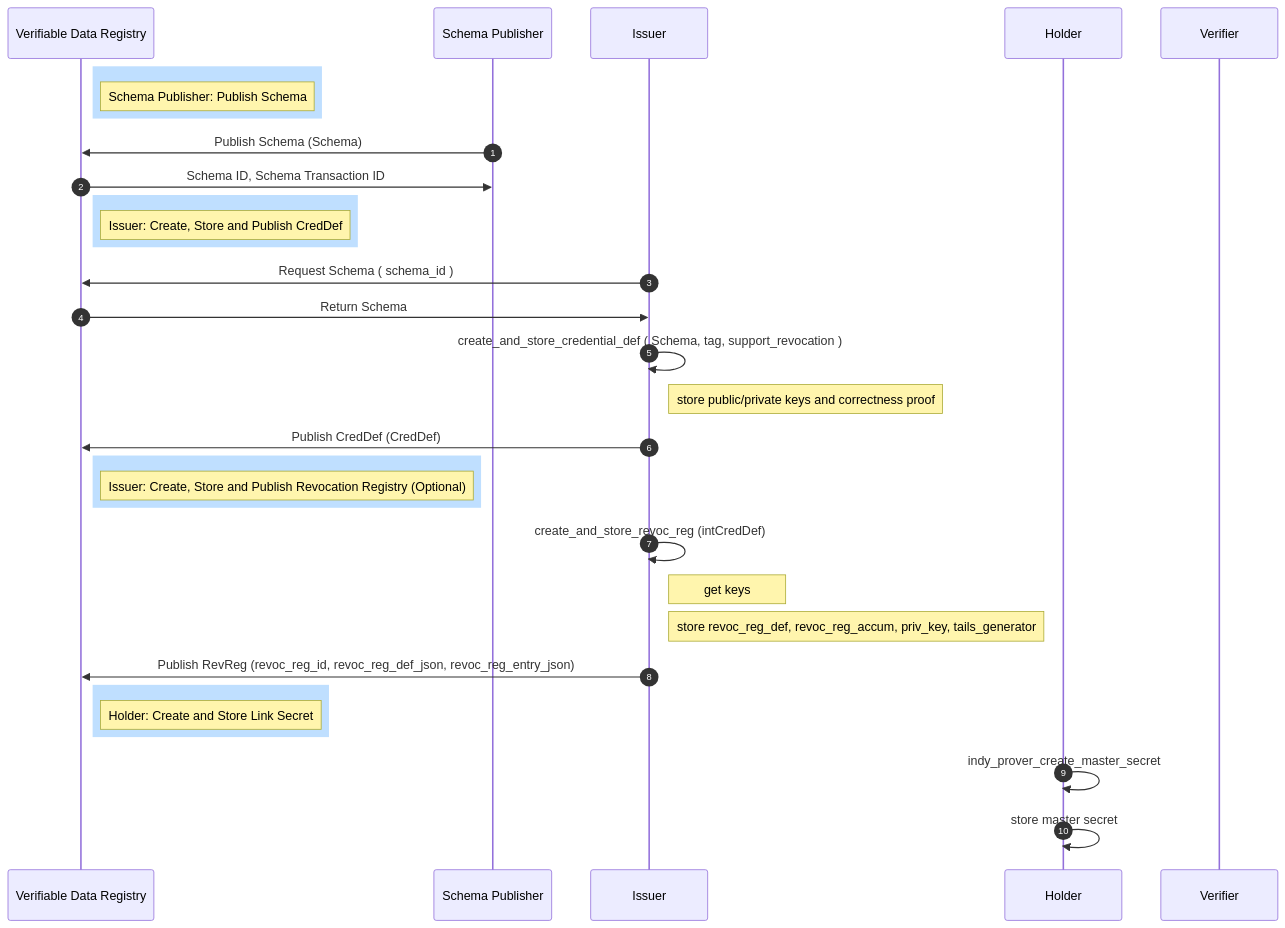
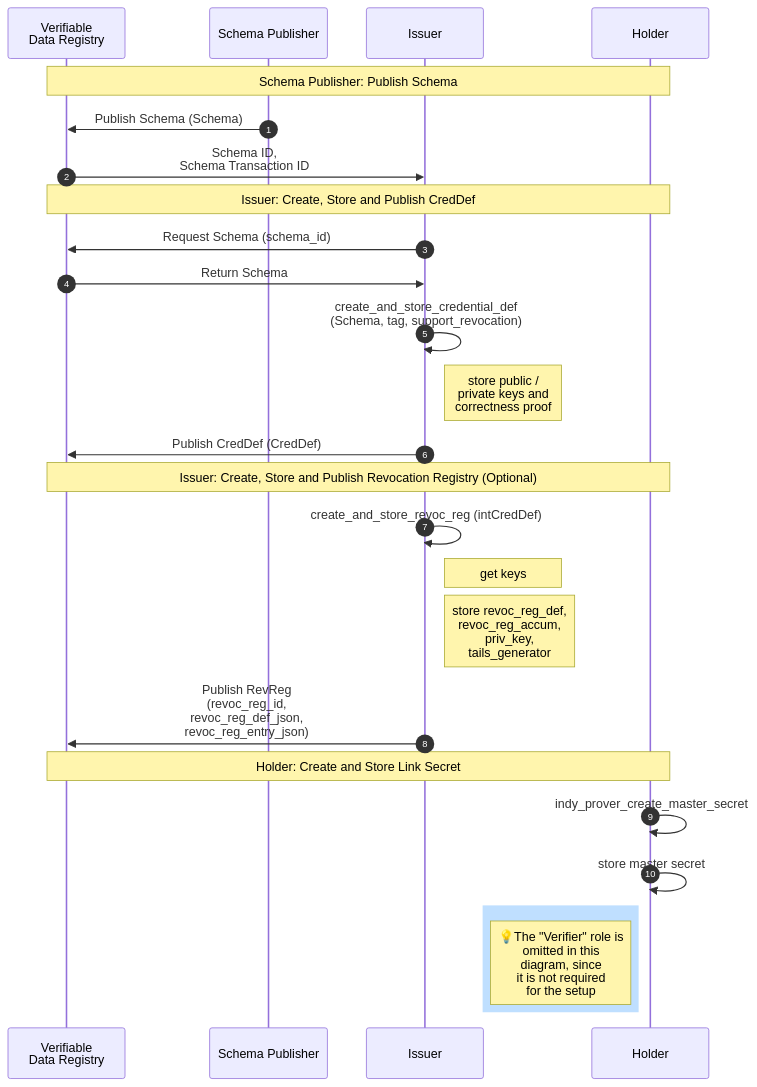
One commit to hyperledger/anoncreds-spec changed the second of 2 diagrams in spec/data_flow_setup.md. Above: the diagram before and after it, drawn with Mermaid. The commit also changed other lines of this file and 4 other files, not shown here.

````diff
--- a/spec/data_flow_setup.md
+++ b/spec/data_flow_setup.md
@@ -17,38 +35,36 @@
 ```mermaid
 sequenceDiagram
     autonumber
-    participant L as Verifiable Data Registry
-    participant SC as Schema Publisher
+    participant L as Verifiable<br>Data Registry
+    participant SP as Schema Publisher
     participant I as Issuer
-    participant H as Holder
-    participant V as Verifier
-
-    rect rgb(191, 223, 255)
-        Note right of L: Schema Publisher: Publish Schema
-    end
-    SC ->> L: Publish Schema (Schema)
-    L ->> SC: Schema ID, Schema Transaction ID
-
-    rect rgb(191, 223, 255)
-        Note right of L: Issuer: Create, Store and Publish CredDef
-    end
-    I ->> L: Request Schema ( schema_id )
+    participant H as Holder   
+    
+    Note over L, H: Schema Publisher: Publish Schema
+    
+    SP ->> L: Publish Schema (Schema)
+    L ->> I: Schema ID,<br>Schema Transaction ID
+        
+    Note over L, H: Issuer: Create, Store and Publish CredDef
+   
+    I ->> L: Request Schema (schema_id)
     L ->> I: Return Schema
-    I ->> I: create_and_store_credential_def ( Schema, tag, support_revocation )
-    Note right of I: store public/private keys and correctness proof
+    I ->> I: create_and_store_credential_def<br>(Schema, tag, support_revocation)
+    Note right of I:   store public / <br> private keys and<br>correctness proof    
     I ->> L: Publish CredDef (CredDef)
 
-    rect rgb(191, 223, 255)
-        Note right of L: Issuer: Create, Store and Publish Revocation Registry (Optional)
-    end
+    Note over L, H: Issuer: Create, Store and Publish Revocation Registry (Optional)
+    
     I ->> I: create_and_store_revoc_reg (intCredDef)
     Note right of I: get keys
-    Note right of I: store revoc_reg_def, revoc_reg_accum, priv_key, tails_generator
-    I ->> L: Publish RevReg (revoc_reg_id, revoc_reg_def_json, revoc_reg_entry_json)
+    Note right of I: store revoc_reg_def,<br>revoc_reg_accum,<br>priv_key,<br>tails_generator
+    I ->> L: Publish RevReg <br>(revoc_reg_id,<br>revoc_reg_def_json,<br>revoc_reg_entry_json)
     
-    rect rgb(191, 223, 255)
-        Note right of L: Holder: Create and Store Link Secret
-    end
+    Note over L, H: Holder: Create and Store Link Secret
+    
     H ->> H: indy_prover_create_master_secret
     H ->> H: store master secret
+    rect rgb(191, 223, 255)
+      Note left of H: 💡The "Verifier" role is<br>omitted in this<br>diagram, since<br>it is not required<br>for the setup
+    end
 ```
````
